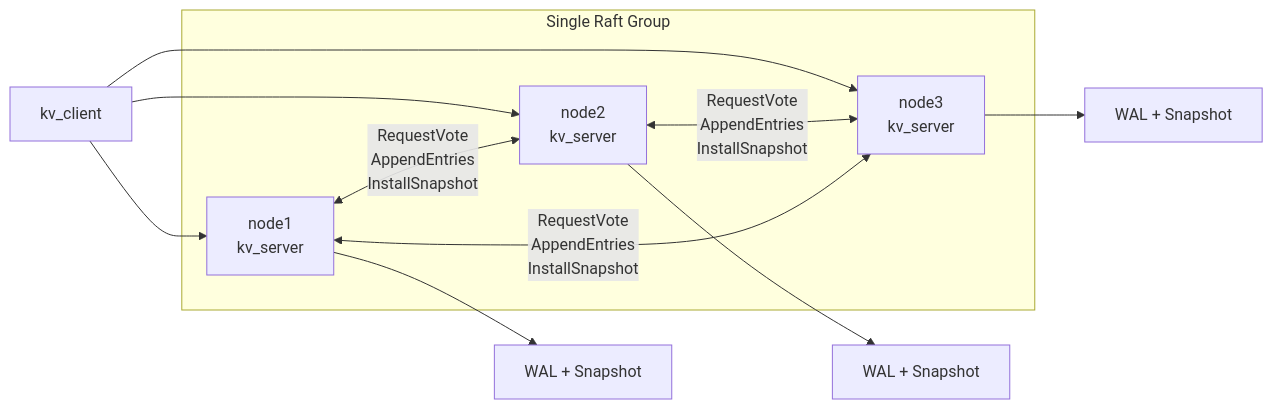
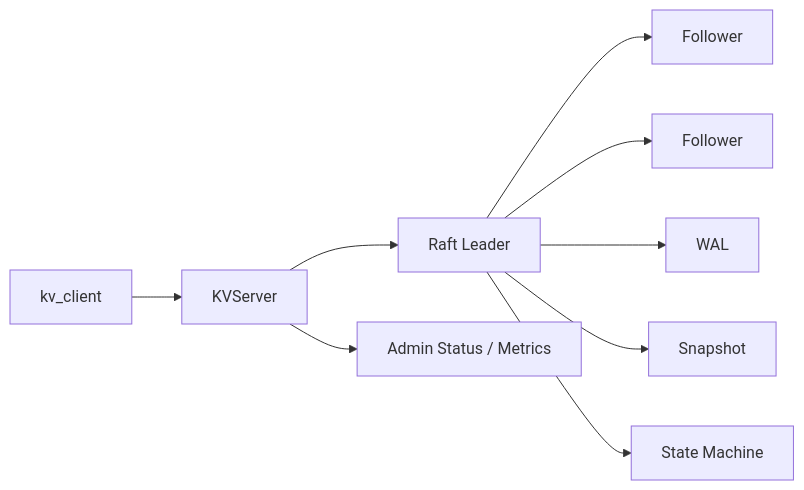
The diagram in README.md (LiuKaiDev/RaftKV-StrongConsistency), drawn with Mermaid before and after one commit. The commit also changed other lines of this file, not shown here.

````diff
--- a/README.md
+++ b/README.md
@@ -40,16 +23,12 @@
 ```mermaid
 flowchart LR
-  Client["kv_client"] --> N1["node1<br/>kv_server"]
-  Client --> N2["node2<br/>kv_server"]
-  Client --> N3["node3<br/>kv_server"]
+  C["kv_client"] --> S["KVServer"]
+  S --> L["Raft Leader"]
+  L --> F1["Follower"]
+  L --> F2["Follower"]
 
-  subgraph RaftGroup["Single Raft Group"]
-    N1 <-->|RequestVote<br/>AppendEntries<br/>InstallSnapshot| N2
-    N2 <-->|RequestVote<br/>AppendEntries<br/>InstallSnapshot| N3
-    N1 <-->|RequestVote<br/>AppendEntries<br/>InstallSnapshot| N3
-  end
-
-  N1 --> D1["WAL + Snapshot"]
-  N2 --> D2["WAL + Snapshot"]
-  N3 --> D3["WAL + Snapshot"]
+  L --> WAL["WAL"]
+  L --> SNAP["Snapshot"]
+  L --> SM["State Machine"]
+  S --> ADM["Admin Status / Metrics"]
 ```
````
